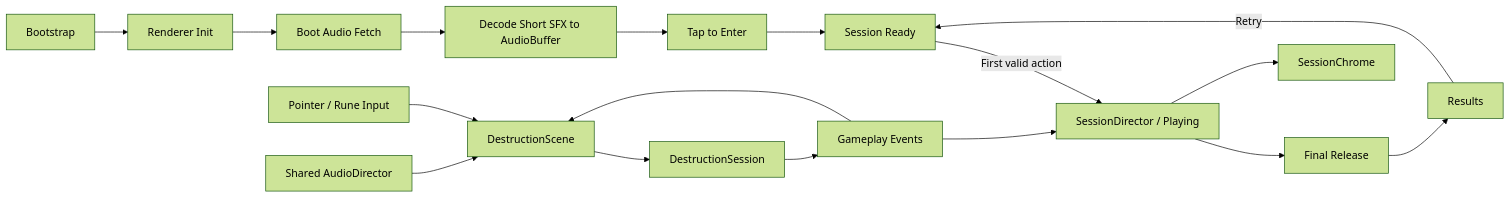
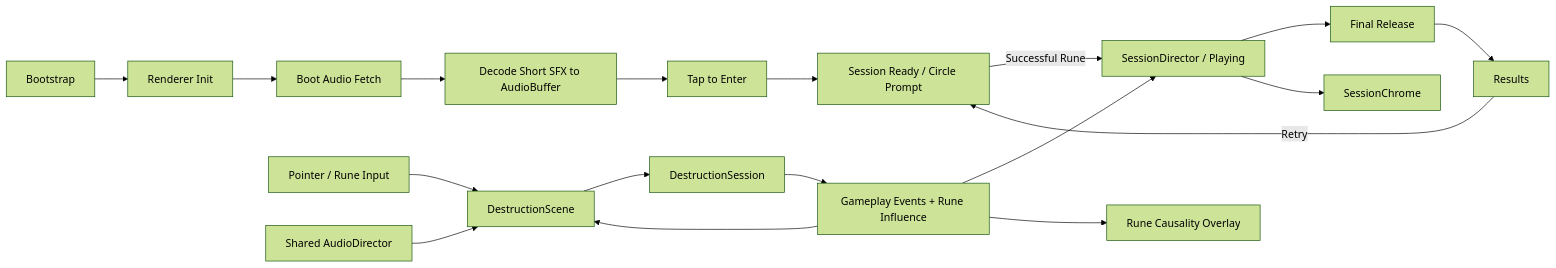
One commit to zeroLR/2D-game-playground changed the diagram in rune-ball/README.md. Above: the diagram before and after it, drawn with Mermaid (forest theme). The commit also changed other lines of this file, not shown here.

Commit message:
docs(rune-ball): record P6.1.1 milestone

````diff
--- a/rune-ball/README.md
+++ b/rune-ball/README.md
@@ -52,20 +45,21 @@
 ```mermaid
 flowchart LR
   Boot[Bootstrap] --> Renderer[Renderer Init]
   Renderer --> Fetch[Boot Audio Fetch]
   Fetch --> Decode[Decode Short SFX to AudioBuffer]
   Decode --> Enter[Tap to Enter]
-  Enter --> Ready[Session Ready]
-  Ready -->|First valid action| Run[SessionDirector / Playing]
+  Enter --> Ready[Session Ready / Circle Prompt]
+  Ready -->|Successful Rune| Run[SessionDirector / Playing]
   Run --> Final[Final Release]
   Final --> Results[Results]
   Results -->|Retry| Ready
 
   Gesture[Pointer / Rune Input] --> Scene[DestructionScene]
   Scene --> Domain[DestructionSession]
-  Domain --> Events[Gameplay Events]
+  Domain --> Events[Gameplay Events + Rune Influence]
   Events --> Scene
   Events --> Run
+  Events --> Causality[Rune Causality Overlay]
   Run --> Chrome[SessionChrome]
   Audio[Shared AudioDirector] --> Scene
 ```
````
